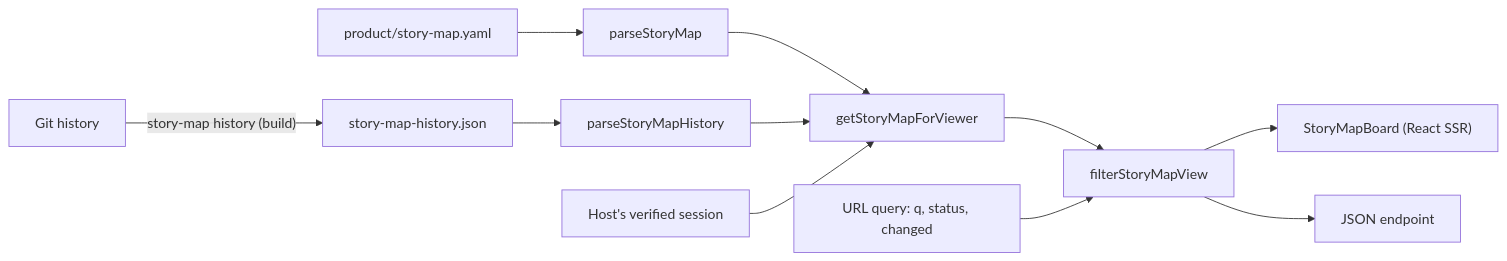
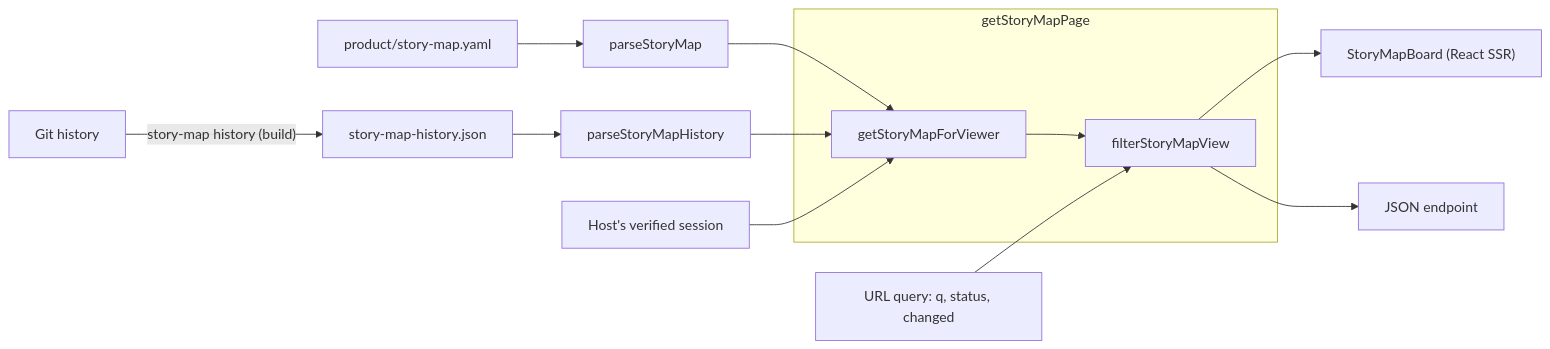
One commit to duncan-m/auto-story-map changed the diagram in docs/ENGINEERING-OVERVIEW.md. Above: the diagram before and after it, drawn with Mermaid. The commit also changed other lines of this file and 7 other files, not shown here.

First line of the commit message:
Project and filter the map in one call (ESM-605)

````diff
--- a/docs/ENGINEERING-OVERVIEW.md
+++ b/docs/ENGINEERING-OVERVIEW.md
@@ -34,13 +34,15 @@
 ```mermaid
 flowchart LR
   yaml["product/story-map.yaml"] --> parse["parseStoryMap"]
   git["Git history"] -- "story-map history (build)" --> hist["story-map-history.json"]
   hist --> parseHist["parseStoryMapHistory"]
-  parse --> project["getStoryMapForViewer"]
+  subgraph page["getStoryMapPage"]
+    project["getStoryMapForViewer"] --> filter["filterStoryMapView"]
+  end
+  parse --> project
   parseHist --> project
   session["Host's verified session"] --> project
-  project --> filter["filterStoryMapView"]
   query["URL query: q, status, changed"] --> filter
   filter --> board["StoryMapBoard (React SSR)"]
   filter --> json["JSON endpoint"]
 ```
````
